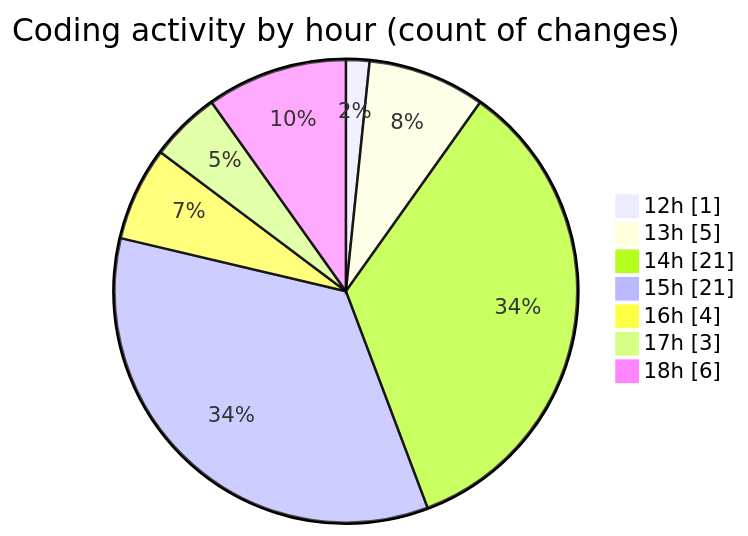
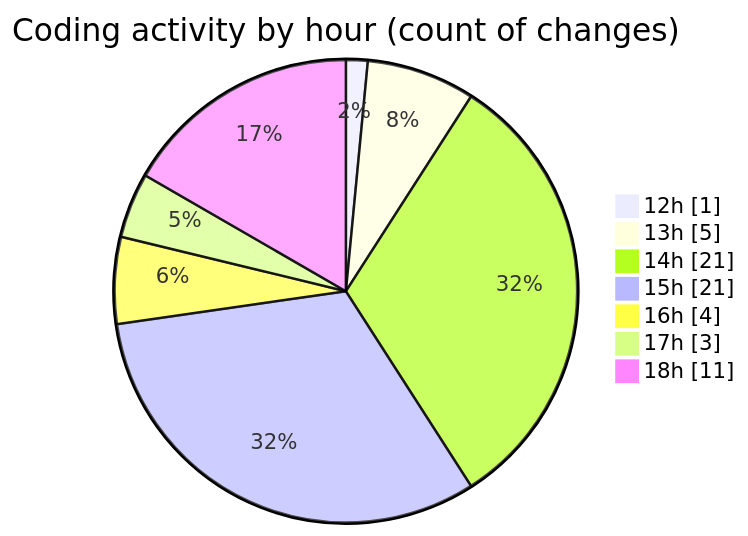
Before and after one commit to momahboobian/code-tracking: the second of 2 diagrams in 2025-03-10/cda/README.md, drawn with Mermaid. The commit also changed other lines of this file and 1 other file, not shown here.

````diff
--- a/2025-03-10/cda/README.md
+++ b/2025-03-10/cda/README.md
@@ -57,11 +57,11 @@
 ```mermaid
 pie showData
 title Coding activity by hour (count of changes)
 "12h" : 1
 "13h" : 5
 "14h" : 21
 "15h" : 21
 "16h" : 4
 "17h" : 3
-"18h" : 6
+"18h" : 11
 ```
````
